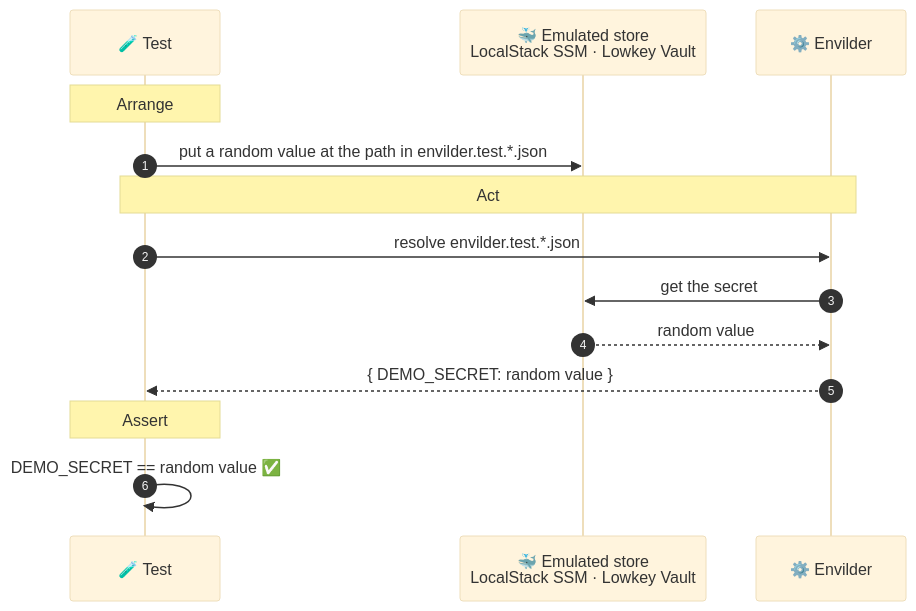
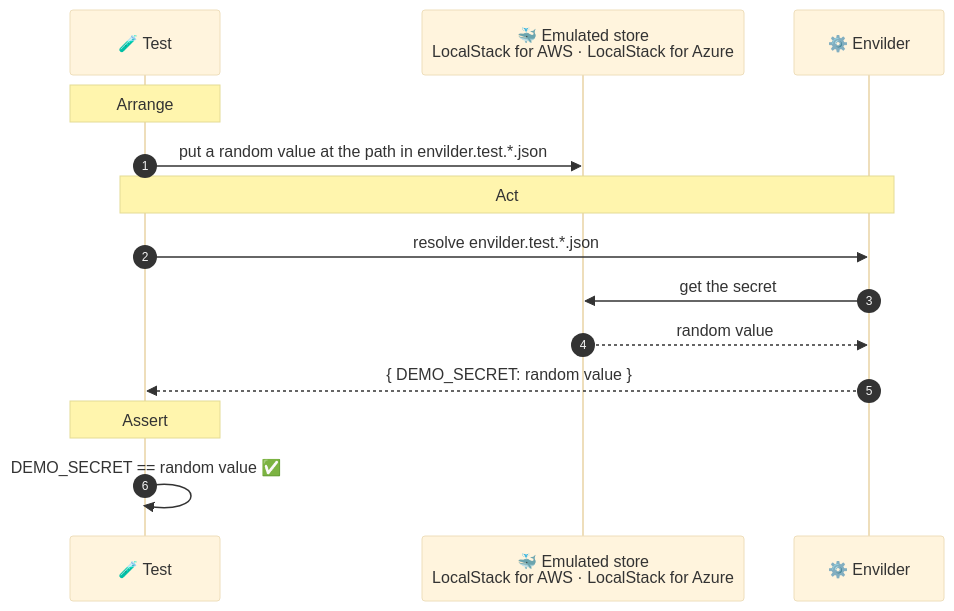
The second of 2 diagrams in README.md (macalbert/envilder-examples), drawn with Mermaid (base theme) before and after one commit. The commit also changed other lines of this file and 22 other files, not shown here.

Commit message:
test: replace Lowkey Vault with LocalStack for Azure in every example

````diff
--- a/README.md
+++ b/README.md
@@ -55,17 +55,17 @@
 ```mermaid
 sequenceDiagram
     autonumber
     participant T as 🧪 Test
-    participant S as 🐳 Emulated store<br/>LocalStack SSM · Lowkey Vault
+    participant S as 🐳 Emulated store<br/>LocalStack for AWS · LocalStack for Azure
     participant E as ⚙️ Envilder
 
     Note over T: Arrange
     T->>S: put a random value at the path in envilder.test.*.json
     Note over T,E: Act
     T->>E: resolve envilder.test.*.json
     E->>S: get the secret
     S-->>E: random value
     E-->>T: { DEMO_SECRET: random value }
     Note over T: Assert
     T->>T: DEMO_SECRET == random value ✅
 ```
````
